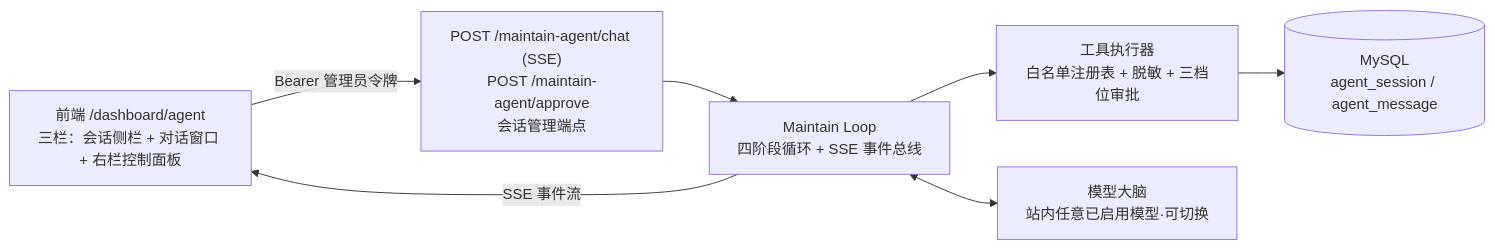
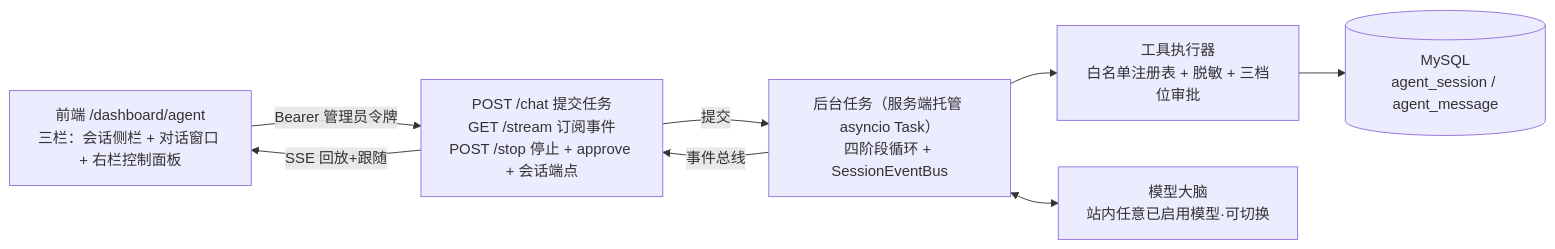
Before and after one commit to sylenshi/AgenticAPI: the diagram in docs/维护Agent设计文档.md, drawn with Mermaid. The commit also changed other lines of this file and 2 other files, not shown here.

````diff
--- a/docs/维护Agent设计文档.md
+++ b/docs/维护Agent设计文档.md
@@ -70,13 +71,15 @@
 ```mermaid
 flowchart LR
     FE["前端 /dashboard/agent<br/>三栏：会话侧栏 + 对话窗口 + 右栏控制面板"]
-    API["POST /maintain-agent/chat (SSE)<br/>POST /maintain-agent/approve<br/>会话管理端点"]
-    LOOP["Maintain Loop<br/>四阶段循环 + SSE 事件总线"]
+    API["POST /chat 提交任务<br/>GET /stream 订阅事件<br/>POST /stop 停止 + approve + 会话端点"]
+    TASK["后台任务（服务端托管 asyncio Task）<br/>四阶段循环 + SessionEventBus"]
     TOOLS["工具执行器<br/>白名单注册表 + 脱敏 + 三档位审批"]
     BRAIN["模型大脑<br/>站内任意已启用模型·可切换"]
     DB[("MySQL<br/>agent_session / agent_message")]
-    FE -->|Bearer 管理员令牌| API --> LOOP
-    LOOP <--> BRAIN
-    LOOP --> TOOLS --> DB
-    LOOP -->|SSE 事件流| FE
+    FE -->|Bearer 管理员令牌| API
+    API -->|提交| TASK
+    TASK <--> BRAIN
+    TASK --> TOOLS --> DB
+    TASK -->|事件总线| API
+    API -->|SSE 回放+跟随| FE
 ```
````
